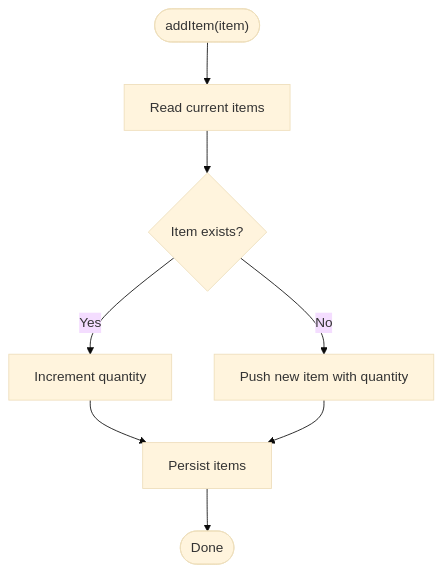
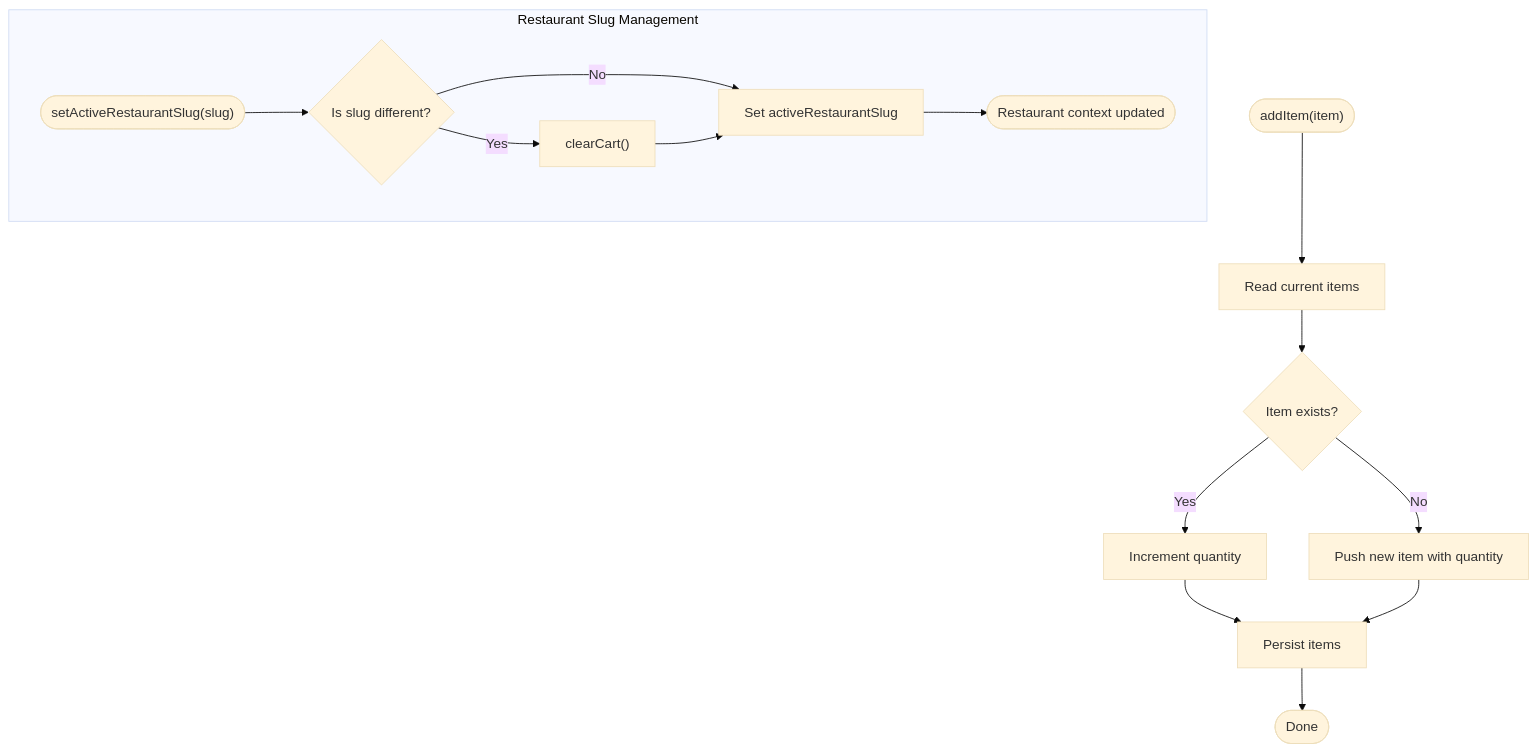
One commit to Dequeue-Tech/DeQ-Bite changed the fourth of 7 diagrams in .qoder/repowiki/en/content/Frontend System/State Management.md. Above: the diagram before and after it, drawn with Mermaid (base theme). The commit also changed other lines of this file and 25 other files, not shown here.

````diff
--- a/.qoder/repowiki/en/content/Frontend System/State Management.md
+++ b/.qoder/repowiki/en/content/Frontend System/State Management.md
@@ -181,10 +197,17 @@
 ```mermaid
 flowchart TD
 Start(["addItem(item)"]) --> Fetch["Read current items"]
 Fetch --> Exists{"Item exists?"}
 Exists --> |Yes| Inc["Increment quantity"]
 Exists --> |No| Push["Push new item with quantity"]
 Inc --> Save["Persist items"]
 Push --> Save
 Save --> End(["Done"])
+subgraph "Restaurant Slug Management"
+RSStart(["setActiveRestaurantSlug(slug)"]) --> Check{"Is slug different?"}
+Check --> |Yes| Clear["clearCart()"]
+Check --> |No| Set["Set activeRestaurantSlug"]
+Clear --> Set
+Set --> RSEnd(["Restaurant context updated"])
+end
 ```
````
